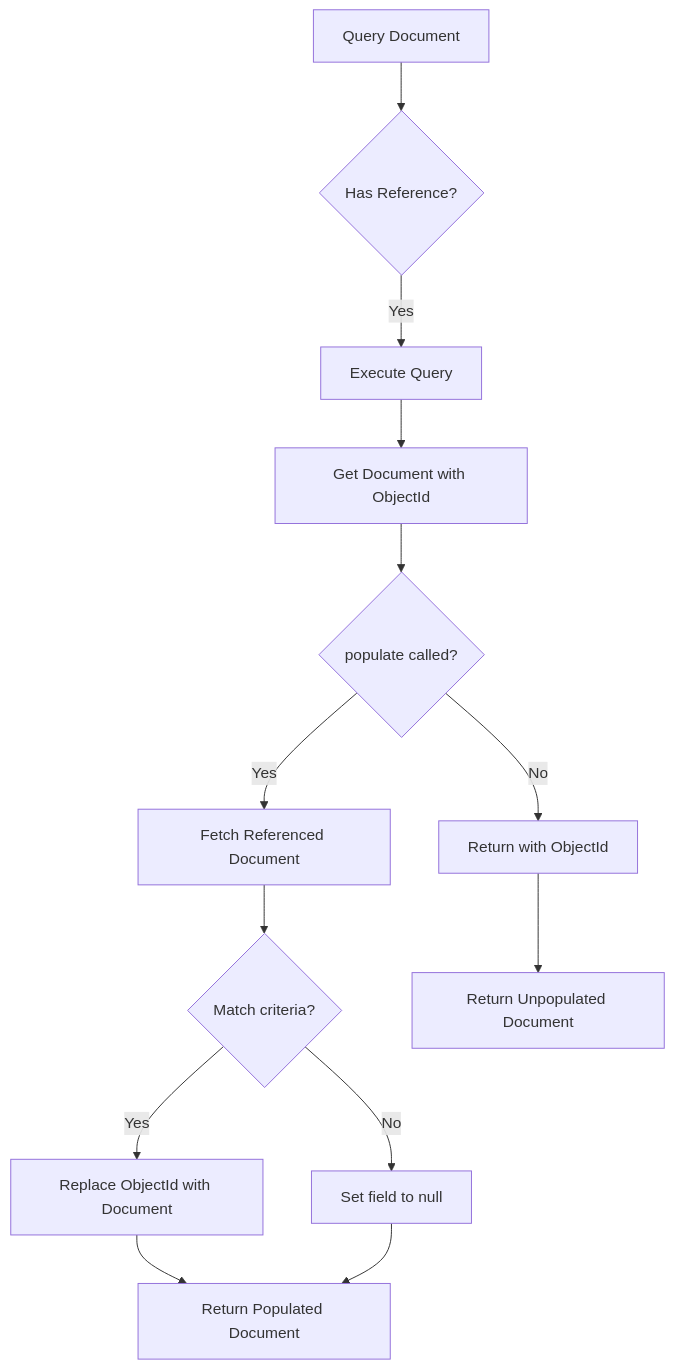
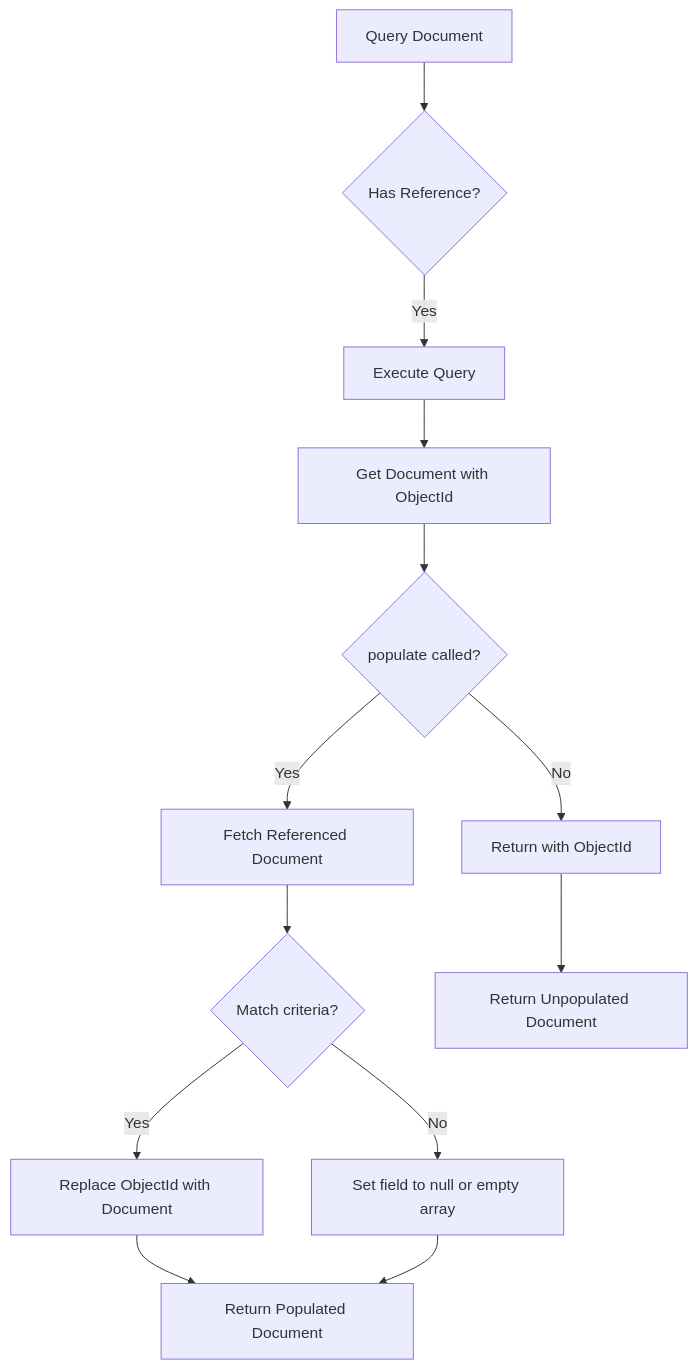
Before and after one commit to OneUptime/blog: the diagram in posts/2025-12-15-how-to-use-mongoose-populate-for-references/README.md, drawn with Mermaid. The commit also changed other lines of this file and 2 other files, not shown here.

````diff
--- a/posts/2025-12-15-how-to-use-mongoose-populate-for-references/README.md
+++ b/posts/2025-12-15-how-to-use-mongoose-populate-for-references/README.md
@@ -271,15 +271,15 @@
 ```mermaid
 graph TD
     A[Query Document] --> B{Has Reference?}
     B -->|Yes| C[Execute Query]
     C --> D[Get Document with ObjectId]
     D --> E{populate called?}
     E -->|Yes| F[Fetch Referenced Document]
     E -->|No| G[Return with ObjectId]
     F --> H{Match criteria?}
     H -->|Yes| I[Replace ObjectId with Document]
-    H -->|No| J[Set field to null]
+    H -->|No| J[Set field to null or empty array]
     I --> K[Return Populated Document]
     J --> K
     G --> L[Return Unpopulated Document]
 ```
````
